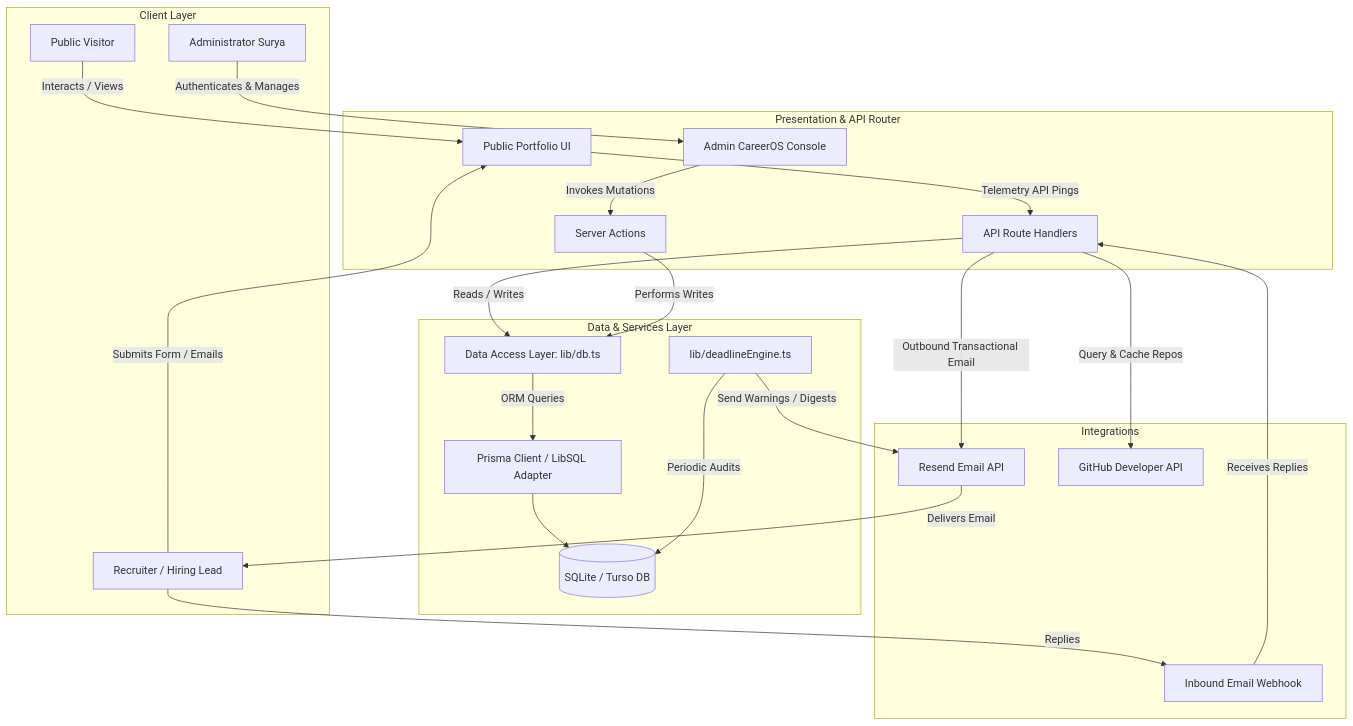
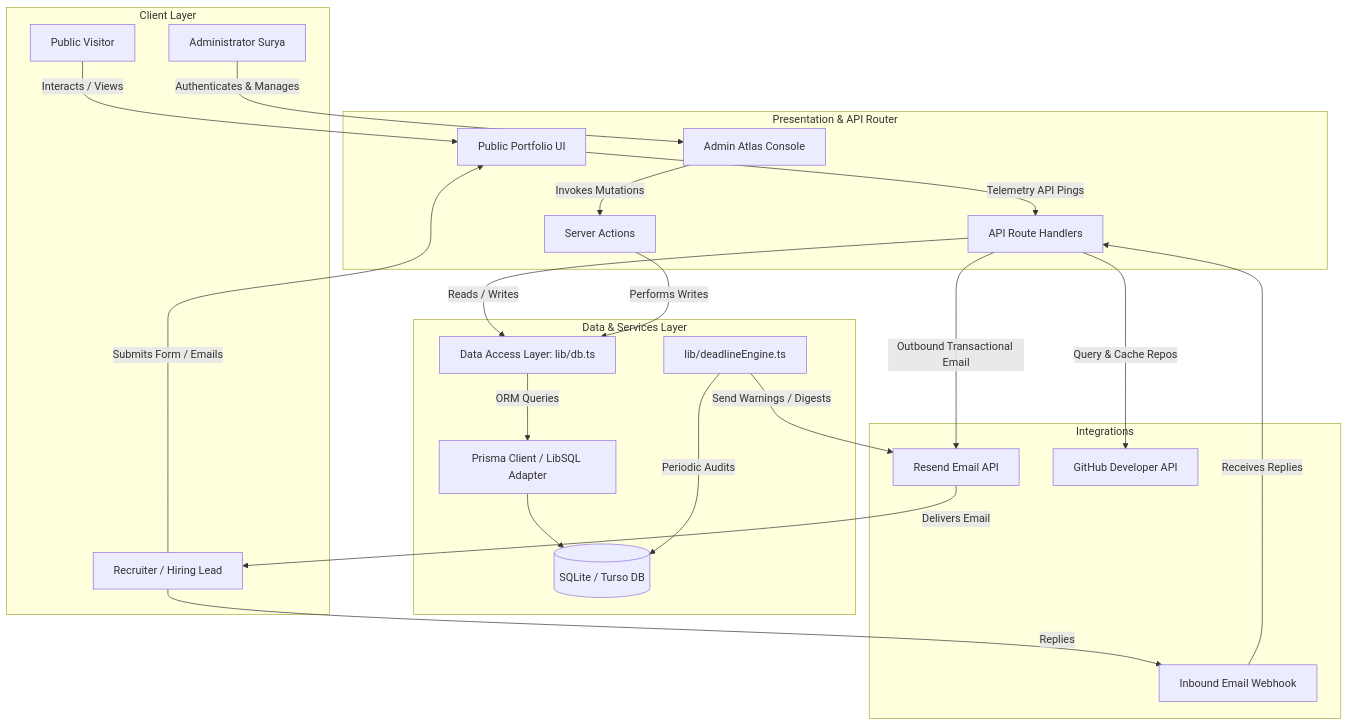
Before and after one commit to sgk18/SGK18_Portfolio: the first of 5 diagrams in README.md, drawn with Mermaid. The commit also changed other lines of this file and 3 other files, not shown here.

````diff
--- a/README.md
+++ b/README.md
@@ -34,50 +34,50 @@
 ```mermaid
 flowchart TD
     subgraph Client Layer
         Visitor[Public Visitor]
         Recruiter[Recruiter / Hiring Lead]
         Admin[Administrator Surya]
     end
 
     subgraph Presentation & API Router
         PortClient[Public Portfolio UI]
-        AdminPanel[Admin CareerOS Console]
+        AdminPanel[Admin Atlas Console]
         APIRoute[API Route Handlers]
         SrvAction[Server Actions]
     end
 
     subgraph Data & Services Layer
         DBService[Data Access Layer: lib/db.ts]
         Prisma[Prisma Client / LibSQL Adapter]
         SQLite[(SQLite / Turso DB)]
         Deadline[lib/deadlineEngine.ts]
     end
 
     subgraph Integrations
         Resend[Resend Email API]
         InboundWebhook[Inbound Email Webhook]
         GitHubAPI[GitHub Developer API]
     end
 
     Visitor -->|Interacts / Views| PortClient
     Recruiter -->|Submits Form / Emails| PortClient
     Admin -->|Authenticates & Manages| AdminPanel
     
     PortClient -->|Telemetry API Pings| APIRoute
     AdminPanel -->|Invokes Mutations| SrvAction
     InboundWebhook -->|Receives Replies| APIRoute
 
     APIRoute -->|Reads / Writes| DBService
     SrvAction -->|Performs Writes| DBService
     DBService -->|ORM Queries| Prisma
     Prisma --> SQLite
     
     APIRoute -->|Outbound Transactional Email| Resend
     Resend -->|Delivers Email| Recruiter
     Recruiter -->|Replies| InboundWebhook
 
     Deadline -->|Periodic Audits| SQLite
     Deadline -->|Send Warnings / Digests| Resend
     
     APIRoute -->|Query & Cache Repos| GitHubAPI
 ```
````
